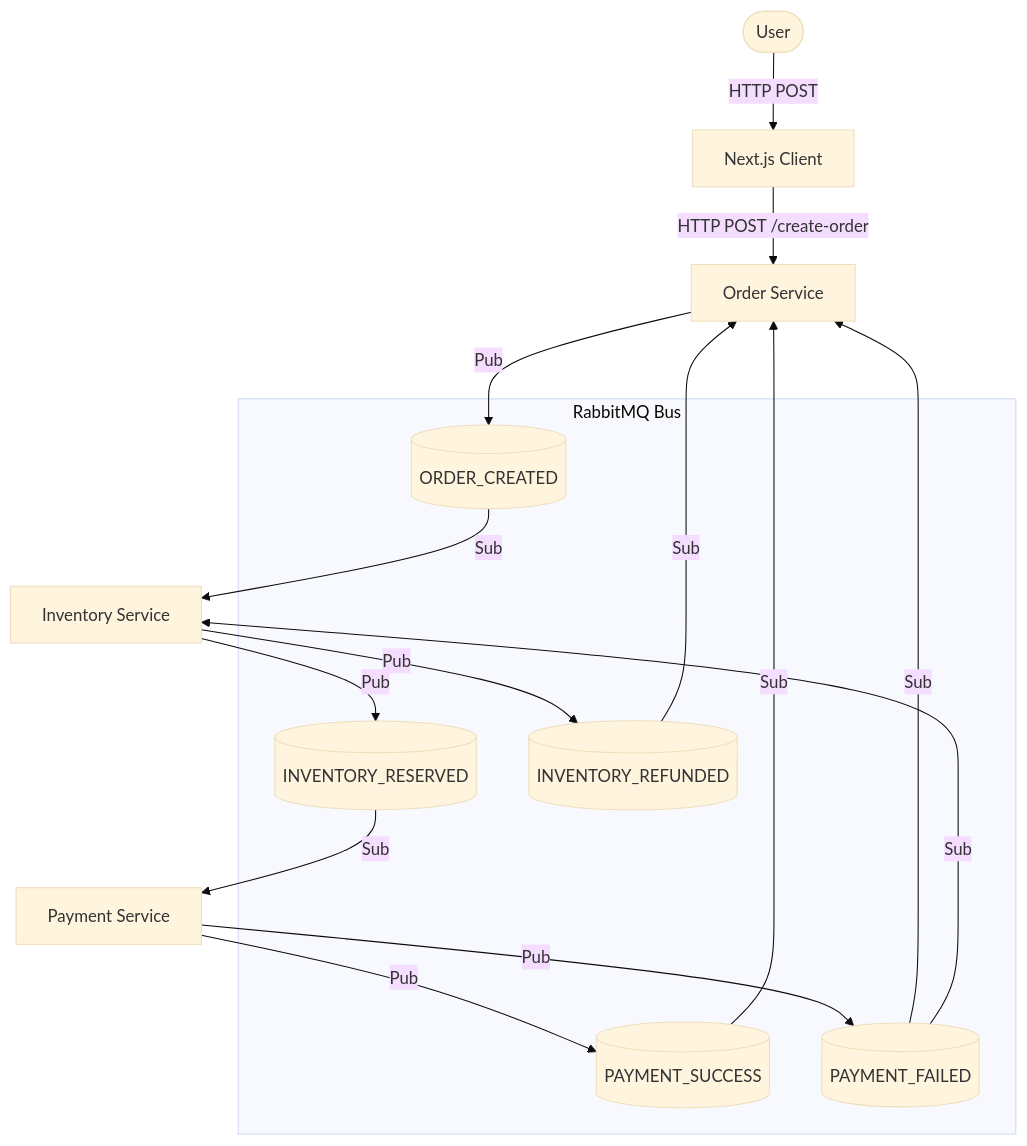
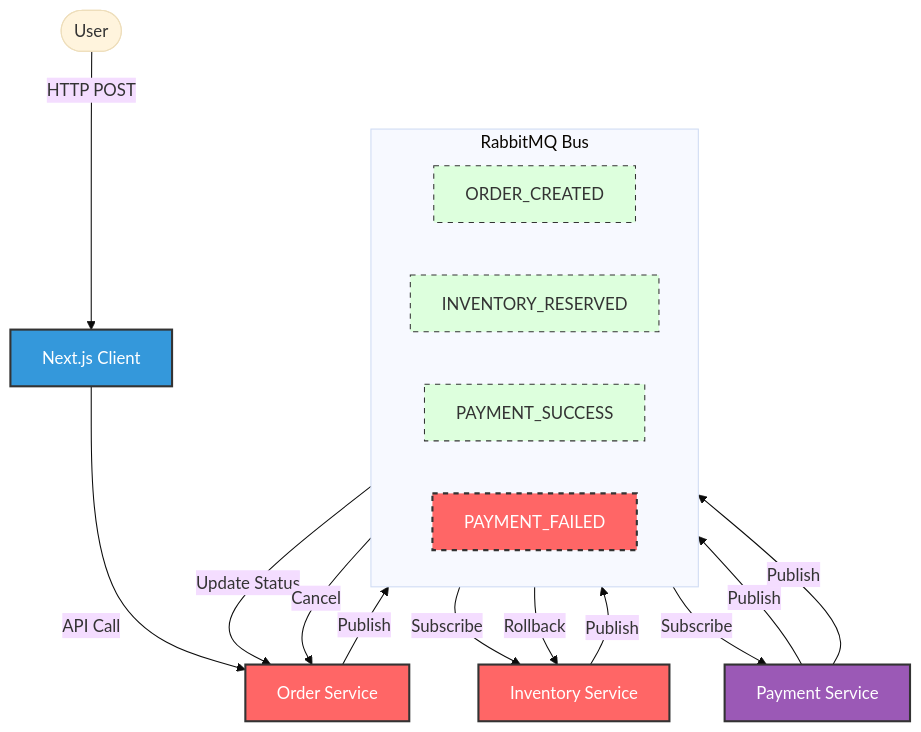
Before and after one commit to Kimosabey/order-saga: the diagram in docs/hld.md, drawn with Mermaid (base theme). The commit also changed 3 other files, not shown here.

Commit message:
docs: enhance documentation with colorful Mermaid diagrams and new guides

````diff
--- a/docs/hld.md
+++ b/docs/hld.md
@@ -19,29 +19,37 @@
 ```mermaid
 graph TD
+    %% Define Styles
+    classDef client fill:#3498db,stroke:#333,stroke-width:2px,color:#fff;
+    classDef service fill:#9b59b6,stroke:#333,stroke-width:2px,color:#fff;
+    classDef queue fill:#dfd,stroke:#333,stroke-width:1px,stroke-dasharray: 5 5;
+    classDef rollback fill:#f66,stroke:#333,stroke-width:2px,color:#fff;
+
     User([User]) -->|HTTP POST| Client[Next.js Client]
-    Client -->|HTTP POST /create-order| Order[Order Service]
+    Client -->|API Call| OrderS[Order Service]
     
-    subgraph "RabbitMQ Bus"
-        Q1[(ORDER_CREATED)]
-        Q2[(INVENTORY_RESERVED)]
-        Q3[(PAYMENT_SUCCESS)]
-        Q4[(PAYMENT_FAILED)]
-        Q5[(INVENTORY_REFUNDED)]
+    subgraph Event_Bus [RabbitMQ Bus]
+        direction LR
+        Q1[ORDER_CREATED]
+        Q2[INVENTORY_RESERVED]
+        Q3[PAYMENT_SUCCESS]
+        Q4[PAYMENT_FAILED]
     end
 
-    Order -->|Pub| Q1
+    OrderS -->|Publish| Q1
+    Q1 -->|Subscribe| InvS[Inventory Service]
+    InvS -->|Publish| Q2
     
-    Q1 -->|Sub| Inv[Inventory Service]
-    Inv -->|Pub| Q2
-    
-    Q2 -->|Sub| Pay[Payment Service]
-    Pay -->|Pub| Q3
-    Pay -->|Pub| Q4
+    Q2 -->|Subscribe| PayS[Payment Service]
+    PayS -->|Publish| Q3
+    PayS -->|Publish| Q4
 
-    Q3 -->|Sub| Order
-    Q4 -->|Sub| Order
-    Q4 -->|Sub| Inv
-    
-    Inv -->|Pub| Q5
-    Q5 -->|Sub| Order
+    Q3 -->|Update Status| OrderS
+    Q4 -->|Rollback| InvS
+    Q4 -->|Cancel| OrderS
+
+    %% Apply Classes
+    class Client client
+    class OrderS,InvS,PayS service
+    class Q1,Q2,Q3,Q4 queue
+    class Q4,InvS,OrderS rollback
 ```
````
